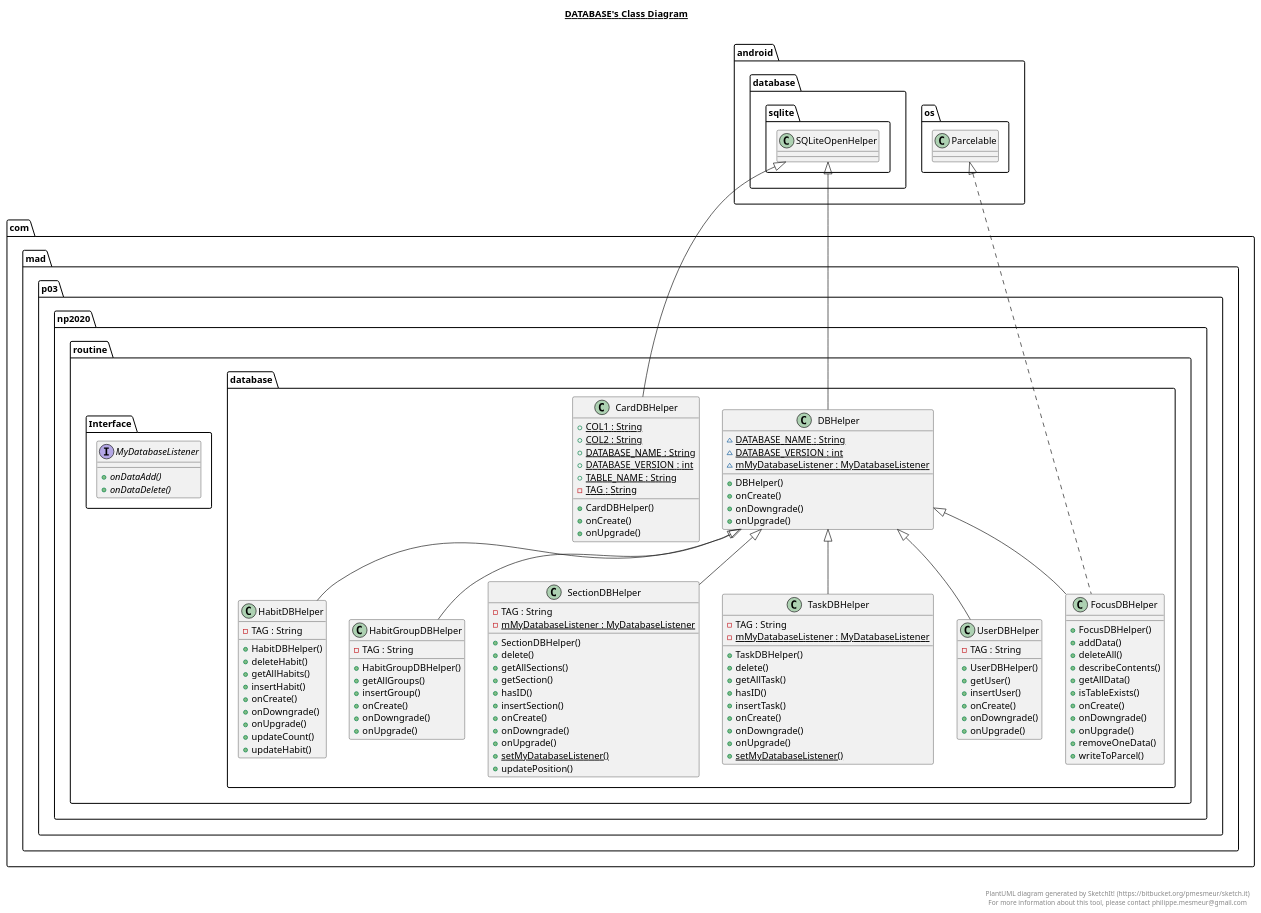
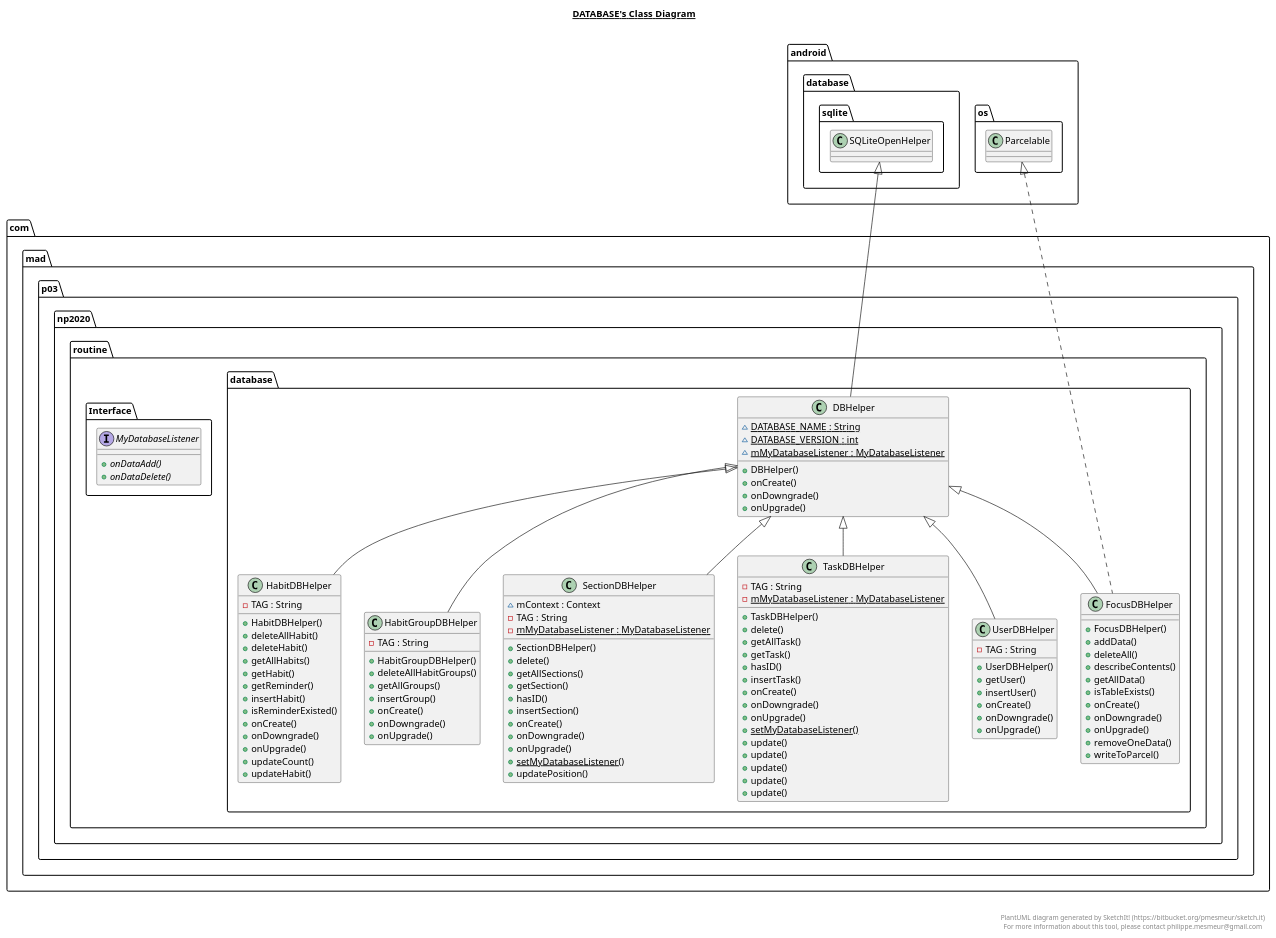
One commit to AppDevIn/Routine changed the diagram in app/src/main/java/com/mad/p03/np2020/routine/database/database.plantuml. Above: the diagram before and after it, drawn with PlantUML. The commit also changed 6 other files, not shown here.

```diff
--- a/app/src/main/java/com/mad/p03/np2020/routine/database/database.plantuml
+++ b/app/src/main/java/com/mad/p03/np2020/routine/database/database.plantuml
@@ -1,172 +1,166 @@
 @startuml
 
 title __DATABASE's Class Diagram__\n
-
-  namespace com.mad.p03.np2020.routine {
-    namespace database {
-      class com.mad.p03.np2020.routine.database.CardDBHelper {
-          {static} + COL1 : String
-          {static} + COL2 : String
-          {static} + DATABASE_NAME : String
-          {static} + DATABASE_VERSION : int
-          {static} + TABLE_NAME : String
-          {static} - TAG : String
-          + CardDBHelper()
-          + onCreate()
-          + onUpgrade()
-      }
-    }
-  }
-  
 
   namespace com.mad.p03.np2020.routine {
     namespace database {
       class com.mad.p03.np2020.routine.database.DBHelper {
           {static} ~ DATABASE_NAME : String
           {static} ~ DATABASE_VERSION : int
           {static} ~ mMyDatabaseListener : MyDatabaseListener
           + DBHelper()
           + onCreate()
           + onDowngrade()
           + onUpgrade()
       }
     }
   }
   
 
   namespace com.mad.p03.np2020.routine {
     namespace database {
       class com.mad.p03.np2020.routine.database.FocusDBHelper {
           + FocusDBHelper()
           + addData()
           + deleteAll()
           + describeContents()
           + getAllData()
           + isTableExists()
           + onCreate()
           + onDowngrade()
           + onUpgrade()
           + removeOneData()
           + writeToParcel()
       }
     }
   }
   
 
   namespace com.mad.p03.np2020.routine {
     namespace database {
       class com.mad.p03.np2020.routine.database.HabitDBHelper {
           - TAG : String
           + HabitDBHelper()
+          + deleteAllHabit()
           + deleteHabit()
           + getAllHabits()
+          + getHabit()
+          + getReminder()
           + insertHabit()
+          + isReminderExisted()
           + onCreate()
           + onDowngrade()
           + onUpgrade()
           + updateCount()
           + updateHabit()
       }
     }
   }
   
 
   namespace com.mad.p03.np2020.routine {
     namespace database {
       class com.mad.p03.np2020.routine.database.HabitGroupDBHelper {
           - TAG : String
           + HabitGroupDBHelper()
+          + deleteAllHabitGroups()
           + getAllGroups()
           + insertGroup()
           + onCreate()
           + onDowngrade()
           + onUpgrade()
       }
     }
   }
   
 
   namespace com.mad.p03.np2020.routine {
     namespace database {
       interface com.mad.p03.np2020.routine.Interface.MyDatabaseListener {
           {abstract} + onDataAdd()
           {abstract} + onDataDelete()
       }
     }
   }
   
 
   namespace com.mad.p03.np2020.routine {
     namespace database {
       class com.mad.p03.np2020.routine.database.SectionDBHelper {
+          ~ mContext : Context
           - TAG : String
           {static} - mMyDatabaseListener : MyDatabaseListener
           + SectionDBHelper()
           + delete()
           + getAllSections()
           + getSection()
           + hasID()
           + insertSection()
           + onCreate()
           + onDowngrade()
           + onUpgrade()
           {static} + setMyDatabaseListener()
           + updatePosition()
       }
     }
   }
   
 
   namespace com.mad.p03.np2020.routine {
     namespace database {
       class com.mad.p03.np2020.routine.database.TaskDBHelper {
           - TAG : String
           {static} - mMyDatabaseListener : MyDatabaseListener
           + TaskDBHelper()
           + delete()
           + getAllTask()
+          + getTask()
           + hasID()
           + insertTask()
           + onCreate()
           + onDowngrade()
           + onUpgrade()
           {static} + setMyDatabaseListener()
+          + update()
+          + update()
+          + update()
+          + update()
+          + update()
       }
     }
   }
   
 
   namespace com.mad.p03.np2020.routine {
     namespace database {
       class com.mad.p03.np2020.routine.database.UserDBHelper {
           - TAG : String
           + UserDBHelper()
           + getUser()
           + insertUser()
           + onCreate()
           + onDowngrade()
           + onUpgrade()
       }
     }
   }
   
 
-  com.mad.p03.np2020.routine.database.CardDBHelper -up-|> android.database.sqlite.SQLiteOpenHelper
   com.mad.p03.np2020.routine.database.DBHelper -up-|> android.database.sqlite.SQLiteOpenHelper
   com.mad.p03.np2020.routine.database.FocusDBHelper .up.|> android.os.Parcelable
   com.mad.p03.np2020.routine.database.FocusDBHelper -up-|> com.mad.p03.np2020.routine.database.DBHelper
   com.mad.p03.np2020.routine.database.HabitDBHelper -up-|> com.mad.p03.np2020.routine.database.DBHelper
   com.mad.p03.np2020.routine.database.HabitGroupDBHelper -up-|> com.mad.p03.np2020.routine.database.DBHelper
   com.mad.p03.np2020.routine.database.SectionDBHelper -up-|> com.mad.p03.np2020.routine.database.DBHelper
   com.mad.p03.np2020.routine.database.TaskDBHelper -up-|> com.mad.p03.np2020.routine.database.DBHelper
   com.mad.p03.np2020.routine.database.UserDBHelper -up-|> com.mad.p03.np2020.routine.database.DBHelper
 
 
 right footer
 
 
 PlantUML diagram generated by SketchIt! (https://bitbucket.org/pmesmeur/sketch.it)
 For more information about this tool, please contact philippe.mesmeur@gmail.com
 endfooter
 
 @enduml
```
